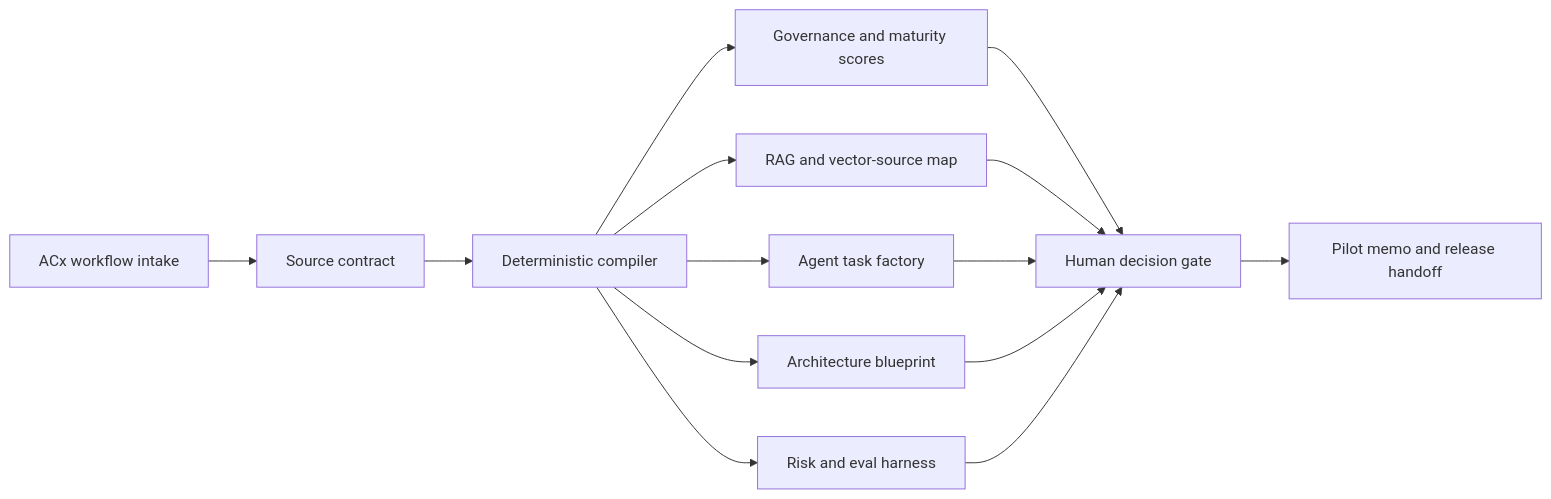
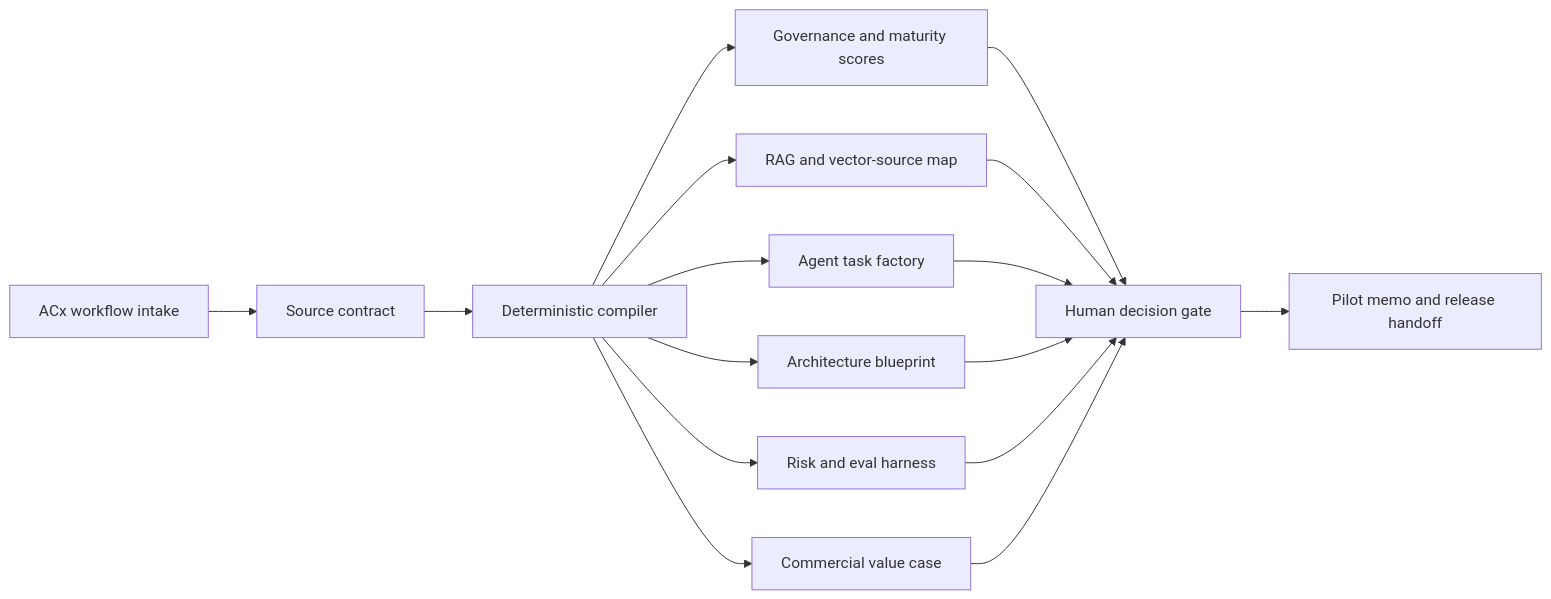
The diagram in README.md (shrishmanglik/Apply-Digital), drawn with Mermaid before and after one commit. The commit also changed other lines of this file and 6 other files, not shown here.

Commit message:
feat: add commercial value case layer

````diff
--- a/README.md
+++ b/README.md
@@ -71,16 +75,18 @@
 ```mermaid
 flowchart LR
   A["ACx workflow intake"] --> B["Source contract"]
   B --> C["Deterministic compiler"]
   C --> D["Governance and maturity scores"]
   C --> E["RAG and vector-source map"]
   C --> F["Agent task factory"]
   C --> G["Architecture blueprint"]
   C --> H["Risk and eval harness"]
+  C --> K["Commercial value case"]
   D --> I["Human decision gate"]
   E --> I
   F --> I
   G --> I
   H --> I
+  K --> I
   I --> J["Pilot memo and release handoff"]
 ```
````
